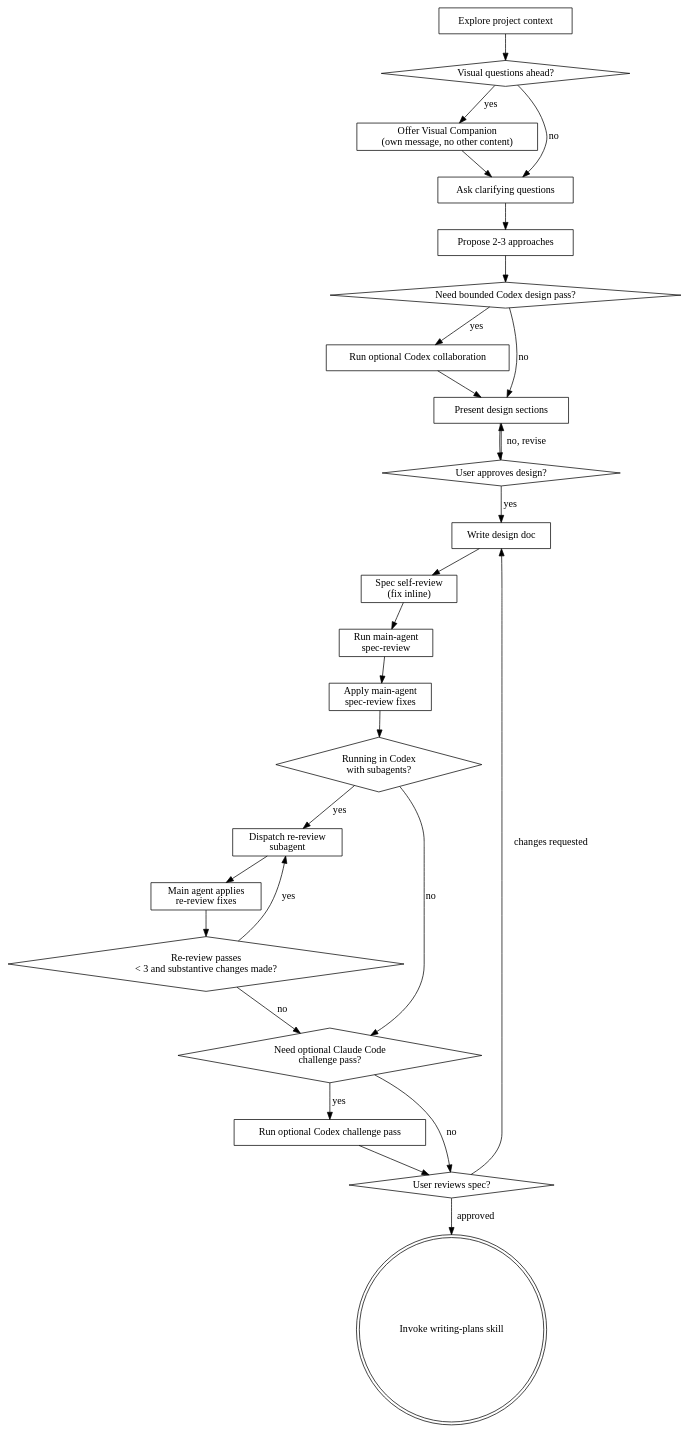
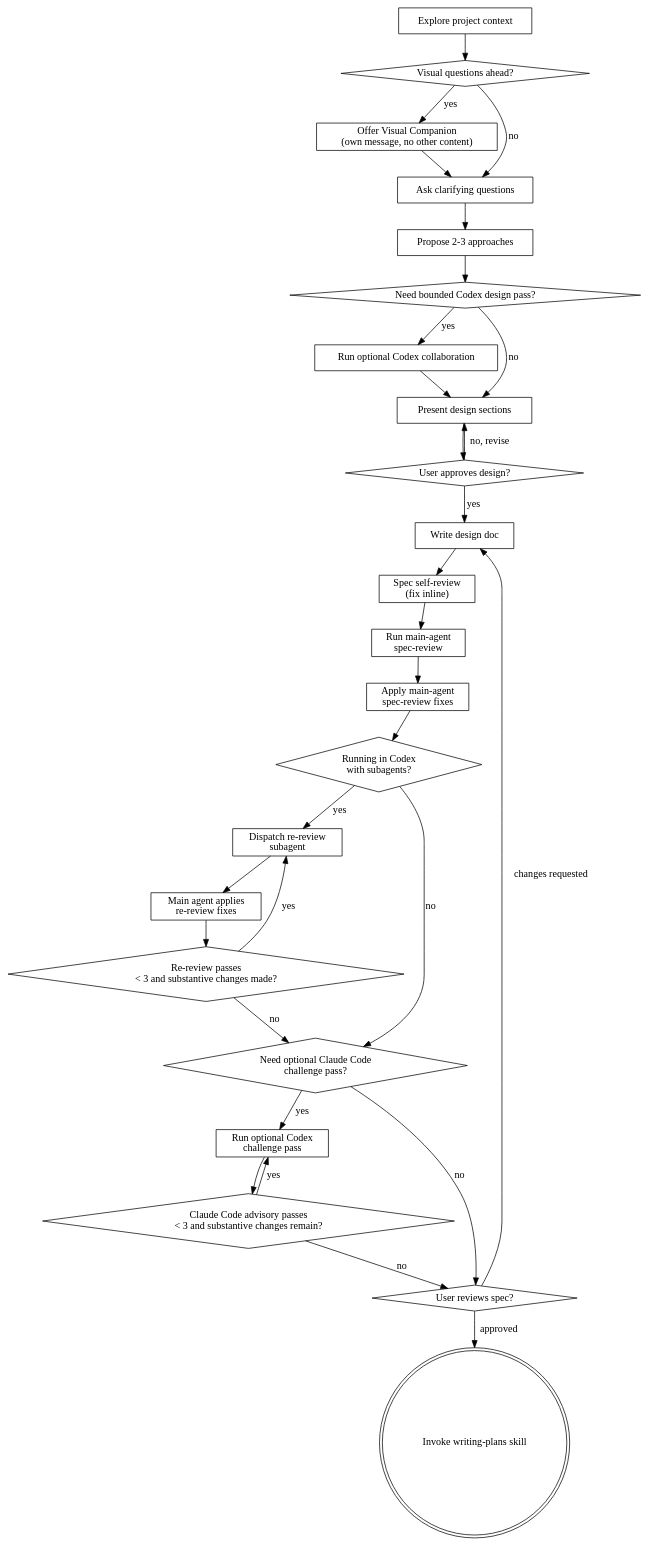
One commit to nakkulla/superpowers changed the diagram in skills/brainstorming/SKILL.md. Above: the diagram before and after it, drawn with Graphviz. The commit also changed other lines of this file, not shown here.

Commit message:
brainstorming Claude Code 재검토 상한 추가

````diff
--- a/skills/brainstorming/SKILL.md
+++ b/skills/brainstorming/SKILL.md
@@ -41,53 +41,56 @@
 ```dot
 digraph brainstorming {
     "Explore project context" [shape=box];
     "Visual questions ahead?" [shape=diamond];
     "Offer Visual Companion\n(own message, no other content)" [shape=box];
     "Ask clarifying questions" [shape=box];
     "Propose 2-3 approaches" [shape=box];
     "Need bounded Codex design pass?" [shape=diamond];
     "Run optional Codex collaboration" [shape=box];
     "Present design sections" [shape=box];
     "User approves design?" [shape=diamond];
     "Write design doc" [shape=box];
     "Spec self-review\n(fix inline)" [shape=box];
     "Run main-agent\nspec-review" [shape=box];
     "Apply main-agent\nspec-review fixes" [shape=box];
     "Running in Codex\nwith subagents?" [shape=diamond];
     "Dispatch re-review\nsubagent" [shape=box];
     "Main agent applies\nre-review fixes" [shape=box];
     "Re-review passes\n< 3 and substantive changes made?" [shape=diamond];
     "Need optional Claude Code\nchallenge pass?" [shape=diamond];
-    "Run optional Codex challenge pass" [shape=box];
+    "Run optional Codex\nchallenge pass" [shape=box];
+    "Claude Code advisory passes\n< 3 and substantive changes remain?" [shape=diamond];
     "User reviews spec?" [shape=diamond];
     "Invoke writing-plans skill" [shape=doublecircle];
 
     "Explore project context" -> "Visual questions ahead?";
     "Visual questions ahead?" -> "Offer Visual Companion\n(own message, no other content)" [label="yes"];
     "Visual questions ahead?" -> "Ask clarifying questions" [label="no"];
     "Offer Visual Companion\n(own message, no other content)" -> "Ask clarifying questions";
     "Ask clarifying questions" -> "Propose 2-3 approaches";
     "Propose 2-3 approaches" -> "Need bounded Codex design pass?";
     "Need bounded Codex design pass?" -> "Run optional Codex collaboration" [label="yes"];
     "Need bounded Codex design pass?" -> "Present design sections" [label="no"];
     "Run optional Codex collaboration" -> "Present design sections";
     "Present design sections" -> "User approves design?";
     "User approves design?" -> "Present design sections" [label="no, revise"];
     "User approves design?" -> "Write design doc" [label="yes"];
     "Write design doc" -> "Spec self-review\n(fix inline)";
     "Spec self-review\n(fix inline)" -> "Run main-agent\nspec-review";
     "Run main-agent\nspec-review" -> "Apply main-agent\nspec-review fixes";
     "Apply main-agent\nspec-review fixes" -> "Running in Codex\nwith subagents?";
     "Running in Codex\nwith subagents?" -> "Dispatch re-review\nsubagent" [label="yes"];
     "Running in Codex\nwith subagents?" -> "Need optional Claude Code\nchallenge pass?" [label="no"];
     "Dispatch re-review\nsubagent" -> "Main agent applies\nre-review fixes";
     "Main agent applies\nre-review fixes" -> "Re-review passes\n< 3 and substantive changes made?";
     "Re-review passes\n< 3 and substantive changes made?" -> "Dispatch re-review\nsubagent" [label="yes"];
     "Re-review passes\n< 3 and substantive changes made?" -> "Need optional Claude Code\nchallenge pass?" [label="no"];
-    "Need optional Claude Code\nchallenge pass?" -> "Run optional Codex challenge pass" [label="yes"];
+    "Need optional Claude Code\nchallenge pass?" -> "Run optional Codex\nchallenge pass" [label="yes"];
     "Need optional Claude Code\nchallenge pass?" -> "User reviews spec?" [label="no"];
-    "Run optional Codex challenge pass" -> "User reviews spec?";
+    "Run optional Codex\nchallenge pass" -> "Claude Code advisory passes\n< 3 and substantive changes remain?";
+    "Claude Code advisory passes\n< 3 and substantive changes remain?" -> "Run optional Codex\nchallenge pass" [label="yes"];
+    "Claude Code advisory passes\n< 3 and substantive changes remain?" -> "User reviews spec?" [label="no"];
     "User reviews spec?" -> "Write design doc" [label="changes requested"];
     "User reviews spec?" -> "Invoke writing-plans skill" [label="approved"];
 }
 ```
````
